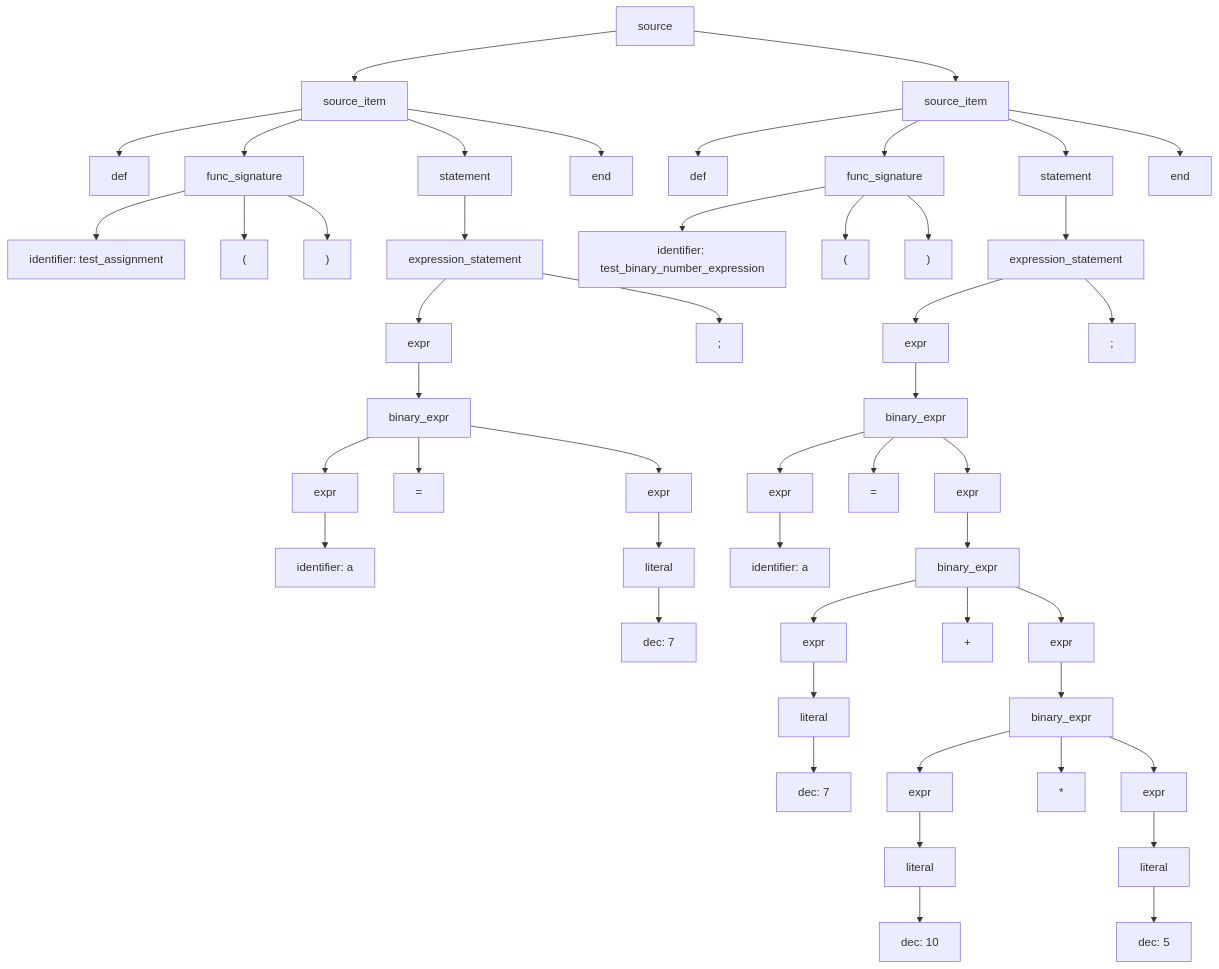
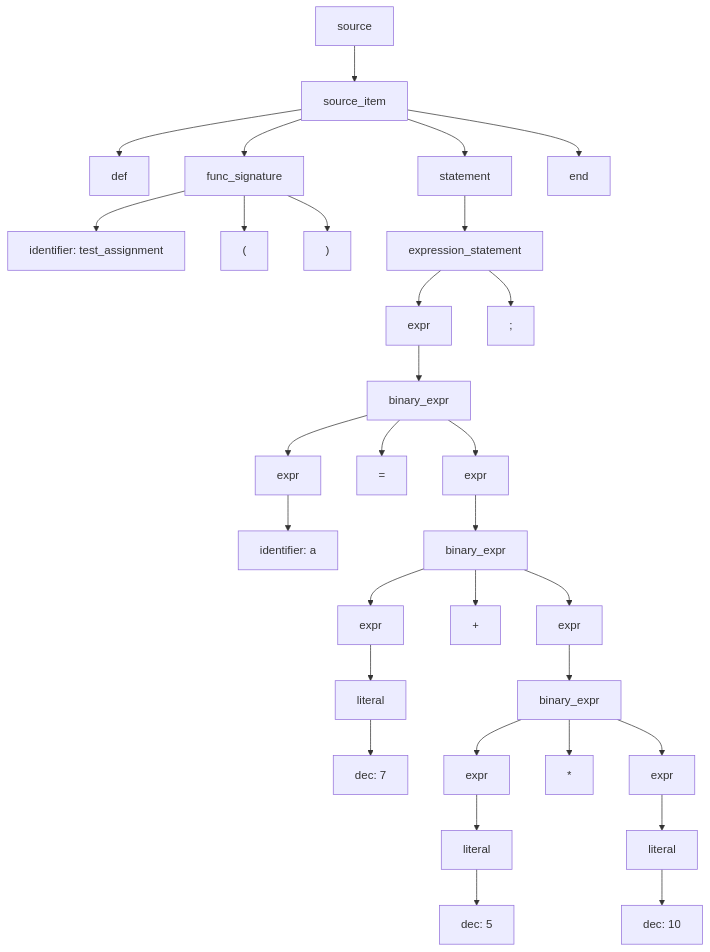
The diagram in ast.mmd (ErnandesDaniel/system-software-lab-2), drawn with Mermaid before and after one commit. The commit also changed 2 other files, not shown here.

```diff
--- a/ast.mmd
+++ b/ast.mmd
@@ -1,98 +1,62 @@
 graph TD;
 N0["source"]
 N1["source_item"]
 N0 --> N1
 N2["def"]
 N1 --> N2
 N3["func_signature"]
 N1 --> N3
 N4["identifier: test_assignment"]
 N3 --> N4
 N5["("]
 N3 --> N5
 N6[")"]
 N3 --> N6
 N7["statement"]
 N1 --> N7
 N8["expression_statement"]
 N7 --> N8
 N9["expr"]
 N8 --> N9
 N10["binary_expr"]
 N9 --> N10
 N11["expr"]
 N10 --> N11
 N12["identifier: a"]
 N11 --> N12
 N13["="]
 N10 --> N13
 N14["expr"]
 N10 --> N14
-N15["literal"]
+N15["binary_expr"]
 N14 --> N15
-N16["dec: 7"]
+N16["expr"]
 N15 --> N16
-N17[";"]
-N8 --> N17
-N18["end"]
-N1 --> N18
-N19["source_item"]
-N0 --> N19
-N20["def"]
-N19 --> N20
-N21["func_signature"]
-N19 --> N21
-N22["identifier: test_binary_number_expression"]
+N17["literal"]
+N16 --> N17
+N18["dec: 7"]
+N17 --> N18
+N19["+"]
+N15 --> N19
+N20["expr"]
+N15 --> N20
+N21["binary_expr"]
+N20 --> N21
+N22["expr"]
 N21 --> N22
-N23["("]
-N21 --> N23
-N24[")"]
-N21 --> N24
-N25["statement"]
-N19 --> N25
-N26["expression_statement"]
-N25 --> N26
-N27["expr"]
+N23["literal"]
+N22 --> N23
+N24["dec: 5"]
+N23 --> N24
+N25["*"]
+N21 --> N25
+N26["expr"]
+N21 --> N26
+N27["literal"]
 N26 --> N27
-N28["binary_expr"]
+N28["dec: 10"]
 N27 --> N28
-N29["expr"]
-N28 --> N29
-N30["identifier: a"]
-N29 --> N30
-N31["="]
-N28 --> N31
-N32["expr"]
-N28 --> N32
-N33["binary_expr"]
-N32 --> N33
-N34["expr"]
-N33 --> N34
-N35["literal"]
-N34 --> N35
-N36["dec: 7"]
-N35 --> N36
-N37["+"]
-N33 --> N37
-N38["expr"]
-N33 --> N38
-N39["binary_expr"]
-N38 --> N39
-N40["expr"]
-N39 --> N40
-N41["literal"]
-N40 --> N41
-N42["dec: 10"]
-N41 --> N42
-N43["*"]
-N39 --> N43
-N44["expr"]
-N39 --> N44
-N45["literal"]
-N44 --> N45
-N46["dec: 5"]
-N45 --> N46
-N47[";"]
-N26 --> N47
-N48["end"]
-N19 --> N48
+N29[";"]
+N8 --> N29
+N30["end"]
+N1 --> N30
```
